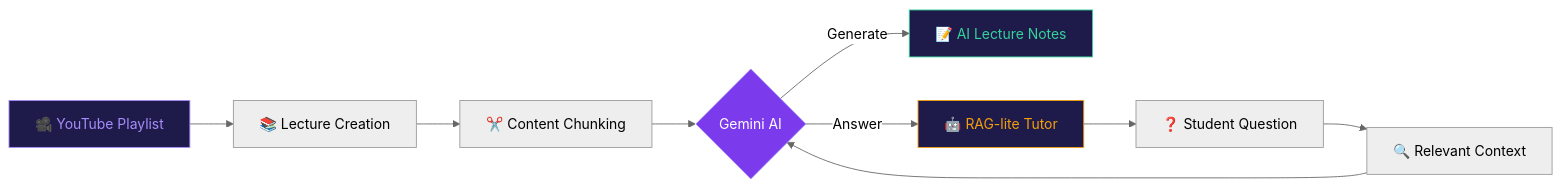
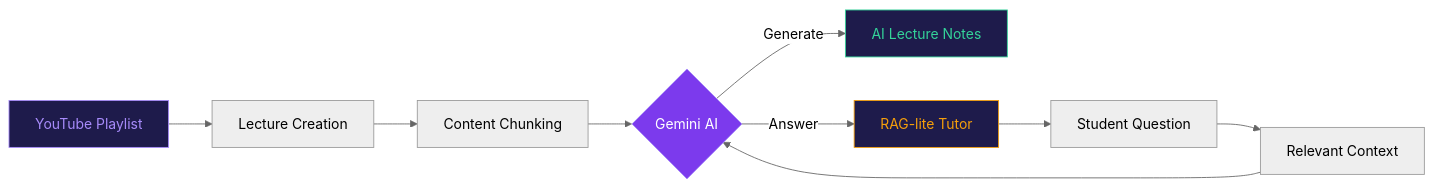
Before and after one commit to Piyush6046/Piyush6046: the first of 6 diagrams in README.md, drawn with Mermaid (neutral theme). The commit also changed other lines of this file, not shown here.

````diff
--- a/README.md
+++ b/README.md
@@ -177,16 +106,16 @@
 ```mermaid
 flowchart LR
-    A[🎥 YouTube Playlist] --> B[📚 Lecture Creation]
-    B --> C[✂️ Content Chunking]
-    C --> D{Gemini AI}
-    D -->|Generate| E[📝 AI Lecture Notes]
-    D -->|Answer| F[🤖 RAG-lite Tutor]
-    F --> G[❓ Student Question]
-    G --> H[🔍 Relevant Context]
+    A["YouTube Playlist"] --> B["Lecture Creation"]
+    B --> C["Content Chunking"]
+    C --> D{"Gemini AI"}
+    D -->|Generate| E["AI Lecture Notes"]
+    D -->|Answer| F["RAG-lite Tutor"]
+    F --> G["Student Question"]
+    G --> H["Relevant Context"]
     H --> D
 
     style A fill:#1e1b4b,color:#a78bfa,stroke:#a78bfa
     style D fill:#7c3aed,color:#fff,stroke:#a78bfa
     style E fill:#1e1b4b,color:#34d399,stroke:#34d399
     style F fill:#1e1b4b,color:#f59e0b,stroke:#f59e0b
 ```
````
